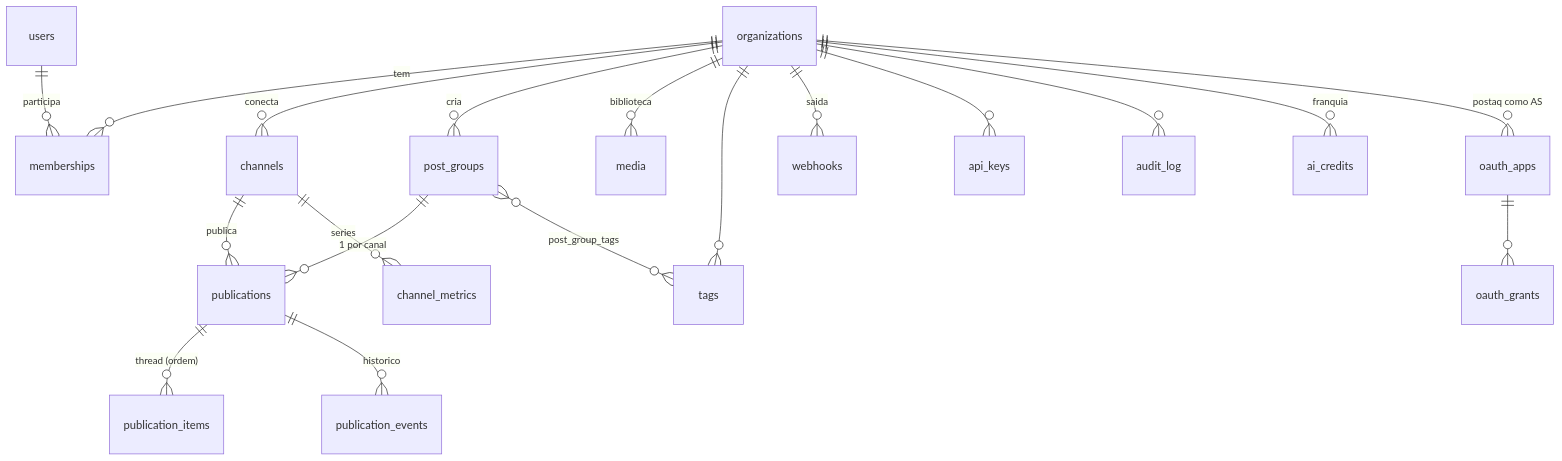
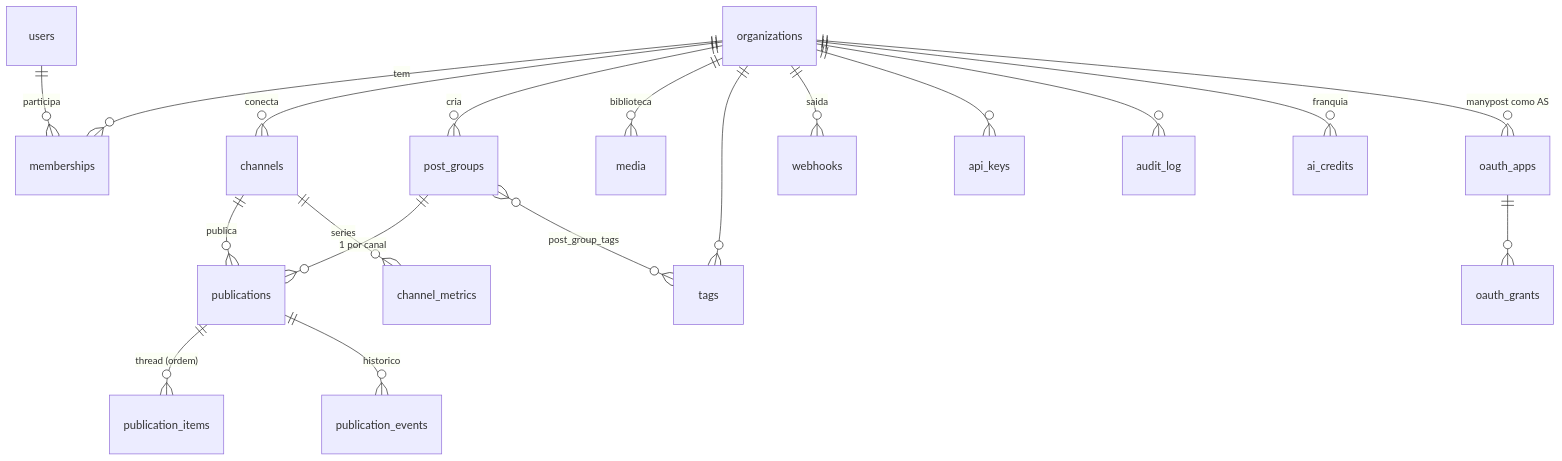
One commit to manypost/manypost-app changed the diagram in docs/specs/SPEC_DATA.md. Above: the diagram before and after it, drawn with Mermaid. The commit also changed other lines of this file and 37 other files, not shown here.

First line of the commit message:
docs: rename postaq->manypost, brand system oficial, planos e adendo DECISIONS v1.1

````diff
--- a/docs/specs/SPEC_DATA.md
+++ b/docs/specs/SPEC_DATA.md
@@ -27,21 +27,21 @@
 ```mermaid
 erDiagram
     organizations ||--o{ memberships : tem
     users ||--o{ memberships : participa
     organizations ||--o{ channels : conecta
     organizations ||--o{ post_groups : cria
     post_groups ||--o{ publications : "1 por canal"
     channels ||--o{ publications : publica
     publications ||--o{ publication_items : "thread (ordem)"
     publications ||--o{ publication_events : historico
     organizations ||--o{ media : biblioteca
     organizations ||--o{ tags : ""
     post_groups }o--o{ tags : post_group_tags
     organizations ||--o{ webhooks : saida
     organizations ||--o{ api_keys : ""
     organizations ||--o{ audit_log : ""
     channels ||--o{ channel_metrics : series
     organizations ||--o{ ai_credits : franquia
-    organizations ||--o{ oauth_apps : "postaq como AS"
+    organizations ||--o{ oauth_apps : "manypost como AS"
     oauth_apps ||--o{ oauth_grants : ""
 ```
````
